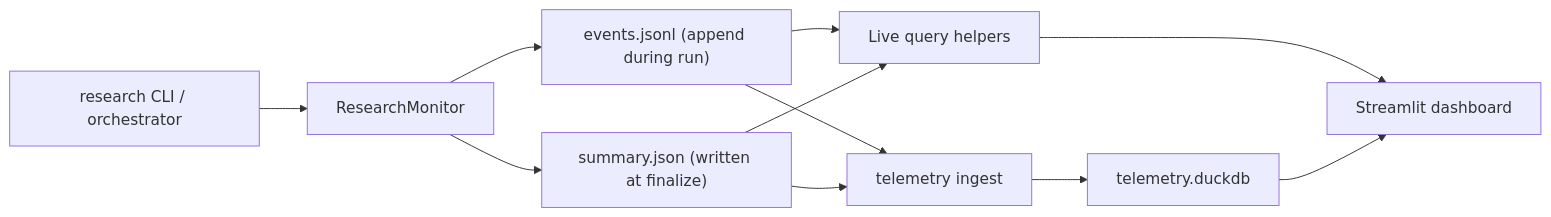
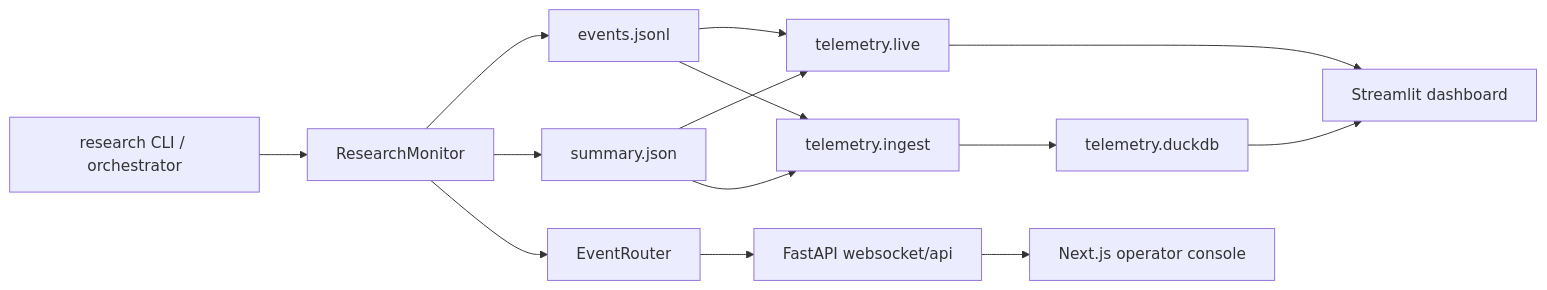
One commit to xxibcill/cc-deep-reasearch changed the diagram in docs/TELEMETRY.md. Above: the diagram before and after it, drawn with Mermaid. The commit also changed other lines of this file and 6 other files, not shown here.

````diff
--- a/docs/TELEMETRY.md
+++ b/docs/TELEMETRY.md
@@ -15,13 +24,16 @@
 ```mermaid
 flowchart LR
     A["research CLI / orchestrator"] --> B["ResearchMonitor"]
-    B --> C["events.jsonl (append during run)"]
-    B --> D["summary.json (written at finalize)"]
-    C --> E["Live query helpers"]
+    B --> C["events.jsonl"]
+    B --> D["summary.json"]
+    C --> E["telemetry.live"]
     D --> E
-    C --> F["telemetry ingest"]
+    C --> F["telemetry.ingest"]
     D --> F
     F --> G["telemetry.duckdb"]
-    E --> H["Streamlit dashboard"]
-    G --> H
+    B --> H["EventRouter"]
+    H --> I["FastAPI websocket/api"]
+    E --> J["Streamlit dashboard"]
+    G --> J
+    I --> K["Next.js operator console"]
 ```
````
